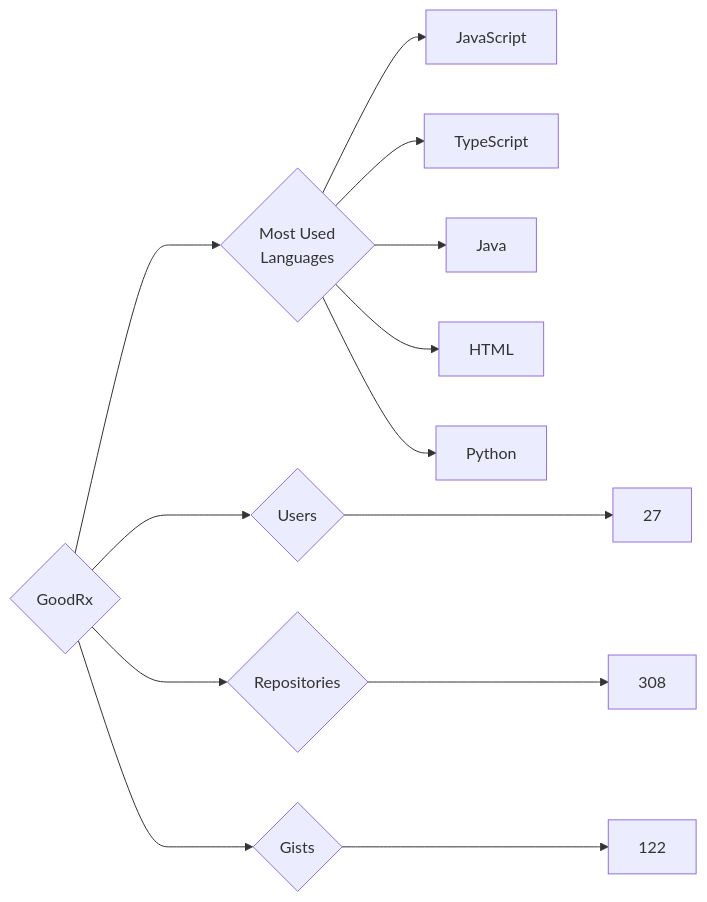
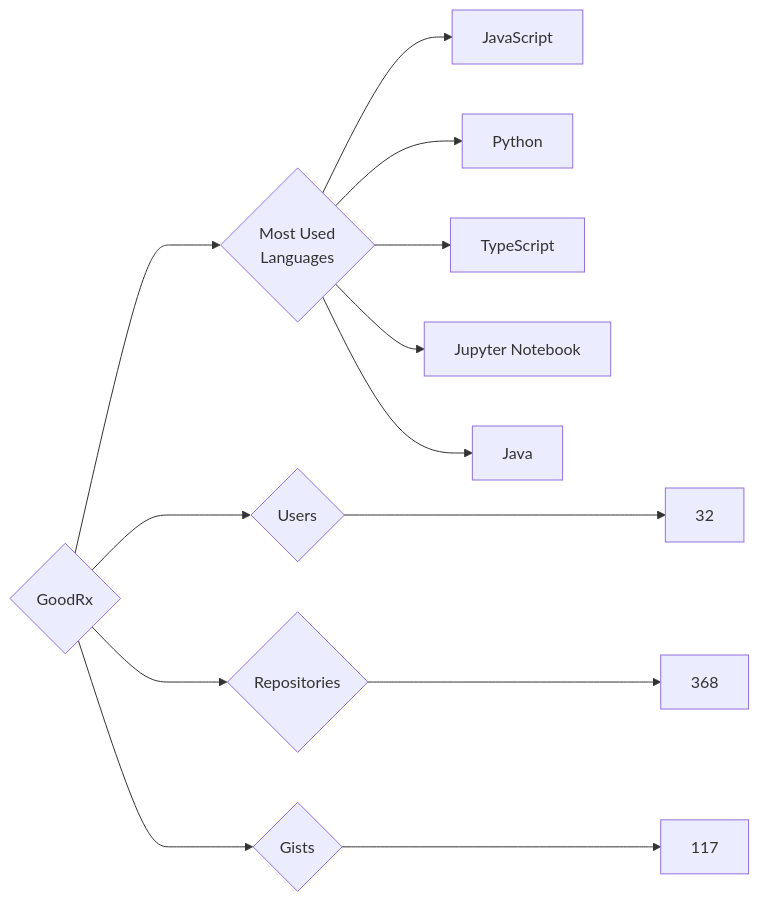
One commit to trickest/insiders changed the diagram in targets/GoodRx/README.md. Above: the diagram before and after it, drawn with Mermaid. The commit also changed 1030 other files, not shown here.

````diff
--- a/targets/GoodRx/README.md
+++ b/targets/GoodRx/README.md
@@ -3,13 +3,13 @@
 ```mermaid
 graph LR
 COMPANY_NAME{GoodRx}
-COMPANY_NAME ---> U{Users} ---> UN[27]
-COMPANY_NAME ---> R{Repositories} ---> RN[308]
-COMPANY_NAME ---> G{Gists} ---> GN[122]
+COMPANY_NAME ---> U{Users} ---> UN[32]
+COMPANY_NAME ---> R{Repositories} ---> RN[368]
+COMPANY_NAME ---> G{Gists} ---> GN[117]
 COMPANY_NAME ---> ML{Most Used<br>Languages}
 ML --> JavaScript[JavaScript]
+ML --> Python[Python]
 ML --> TypeScript[TypeScript]
+ML --> Jupyter_Notebook[Jupyter Notebook]
 ML --> Java[Java]
-ML --> HTML[HTML]
-ML --> Python[Python]
 ```
````
